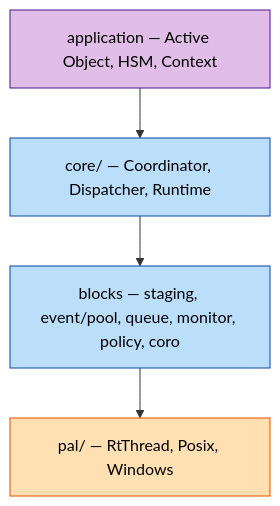
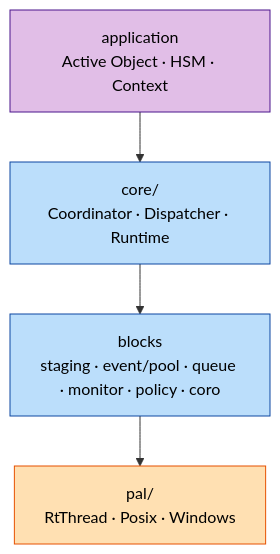
Before and after one commit to DeguiLiu/coact: the second of 2 diagrams in README.md, drawn with Mermaid. The commit also changed other lines of this file and 1 other file, not shown here.

Commit message:
story-docs(dm): rework the branch README diagrams for clean rendering

````diff
--- a/README.md
+++ b/README.md
@@ -54,11 +51,11 @@
 ```mermaid
 flowchart TB
     classDef app fill:#E1BEE7,stroke:#4A148C,color:#000
     classDef core fill:#BBDEFB,stroke:#0D47A1,color:#000
     classDef pal fill:#FFE0B2,stroke:#E65100,color:#000
-    L4["application — Active Object, HSM, Context"]:::app
-    L3["core/ — Coordinator, Dispatcher, Runtime"]:::core
-    L2["blocks — staging, event/pool, queue, monitor, policy, coro"]:::core
-    L1["pal/ — RtThread, Posix, Windows"]:::pal
+    L4["application<br/>Active Object · HSM · Context"]:::app
+    L3["core/<br/>Coordinator · Dispatcher · Runtime"]:::core
+    L2["blocks<br/>staging · event/pool · queue · monitor · policy · coro"]:::core
+    L1["pal/<br/>RtThread · Posix · Windows"]:::pal
     L4 --> L3 --> L2 --> L1
 ```
````
